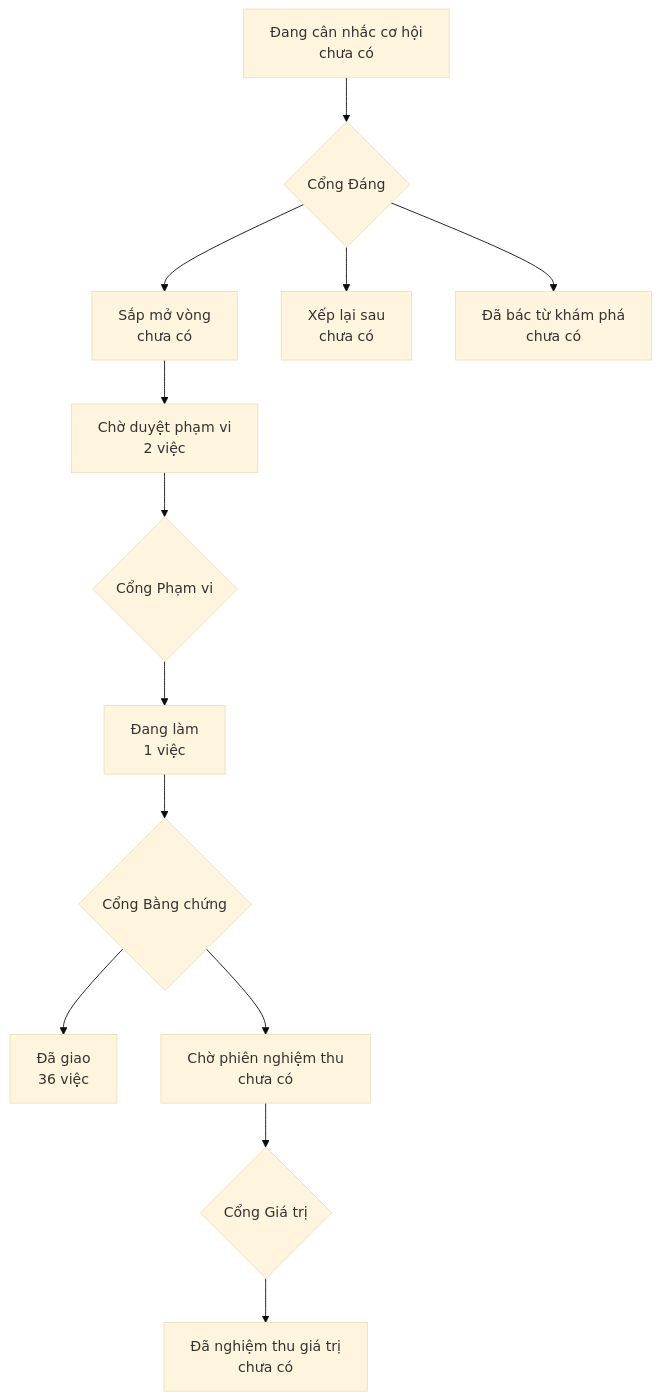
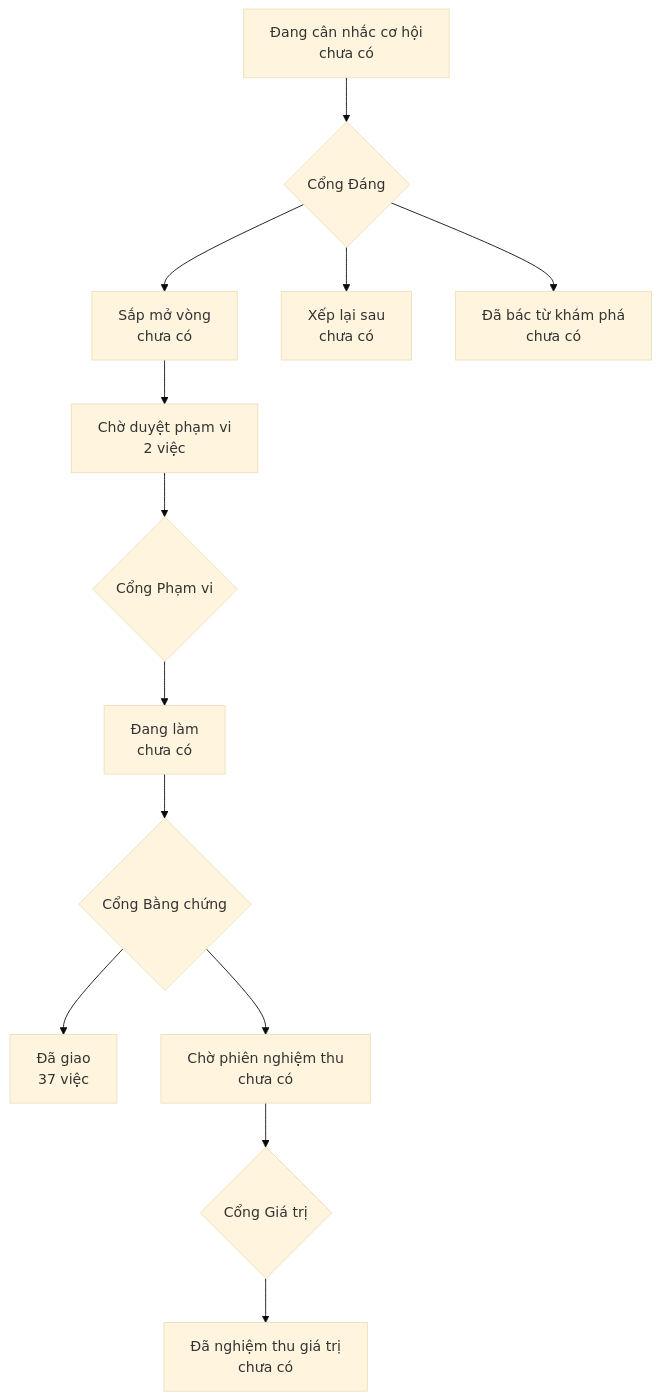
One commit to phanlemanh/acceptance-gate-kit changed the diagram in PRODUCT-MAP.md. Above: the diagram before and after it, drawn with Mermaid (base theme). The commit also changed other lines of this file and 2 other files, not shown here.

Commit message:
acceptance(t1-escape-slug-only): đóng hồ sơ — Known-limits + status signed-off
Không chạm dòng chữ ký nào (chữ ký nằm ở commit trước, f3093c1).

gap-probe.md: 12 mục P1/P2 chuyển open -> known-limit theo quyết định owner
2026-08-12, kèm mục 'Xử lý ở Cổng 2' ghi lý do và một việc cho người sau: ai
chạm khối T1-escape lần tới nên nâng TE23a từ 'nothas' thuần lên assert dương
(hiện nó PASS được cả trên chuỗi rỗng; rủi ro thấp vì TE24/TE25/TE27 đã canh
cùng chiều bằng assert dương).

contract status -> signed-off. Bản đồ sản phẩm vẽ lại.

````diff
--- a/PRODUCT-MAP.md
+++ b/PRODUCT-MAP.md
@@ -6,12 +6,12 @@
 ```mermaid
 flowchart TD
   A["Đang cân nhắc cơ hội<br/>chưa có"] --> GD{"Cổng Đáng"}
   GD --> B["Sắp mở vòng<br/>chưa có"]
   GD --> XL["Xếp lại sau<br/>chưa có"]
   GD --> DB["Đã bác từ khám phá<br/>chưa có"]
   B --> CD["Chờ duyệt phạm vi<br/>2 việc"] --> GP{"Cổng Phạm vi"}
-  GP --> DL["Đang làm<br/>1 việc"] --> GB{"Cổng Bằng chứng"}
-  GB --> DG["Đã giao<br/>36 việc"]
+  GP --> DL["Đang làm<br/>chưa có"] --> GB{"Cổng Bằng chứng"}
+  GB --> DG["Đã giao<br/>37 việc"]
   GB --> CN["Chờ phiên nghiệm thu<br/>chưa có"] --> GG{"Cổng Giá trị"}
   GG --> NT["Đã nghiệm thu giá trị<br/>chưa có"]
 ```
````
